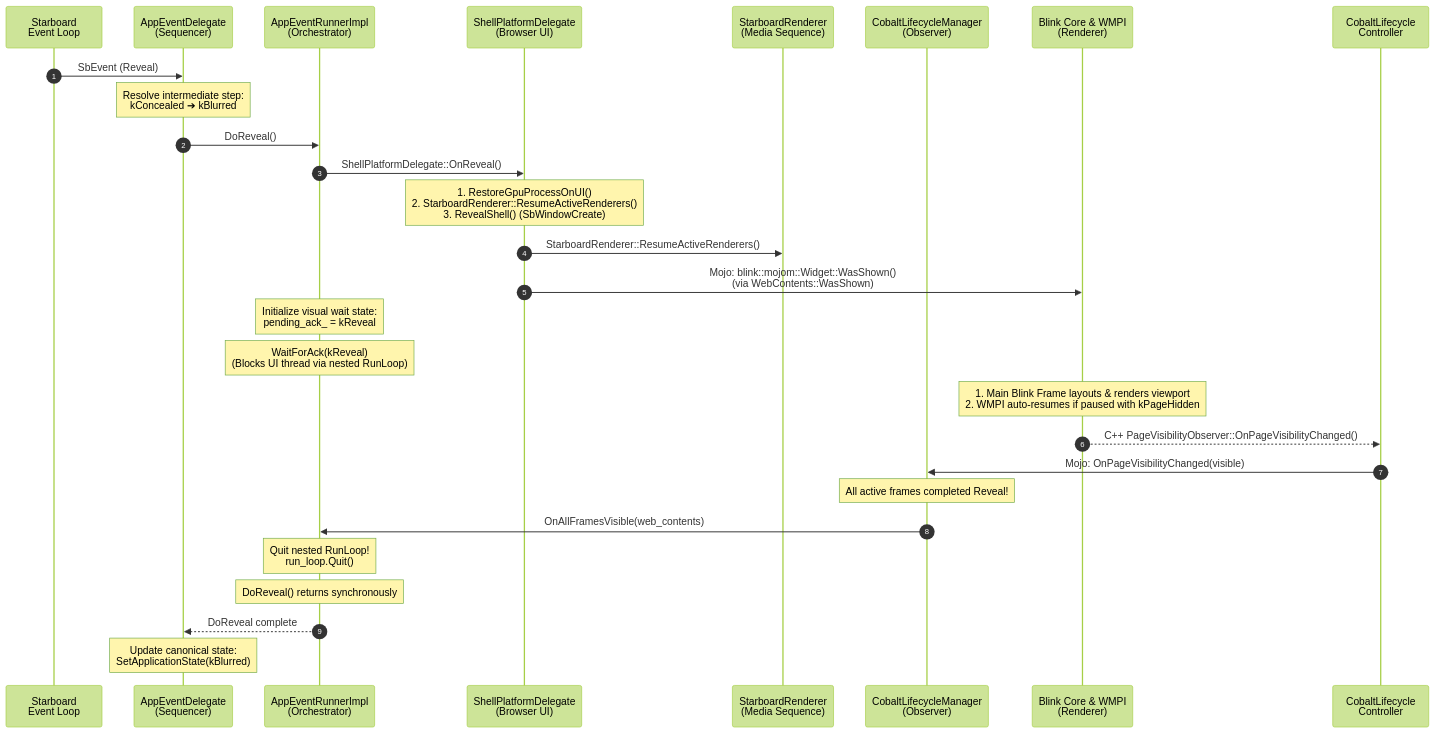
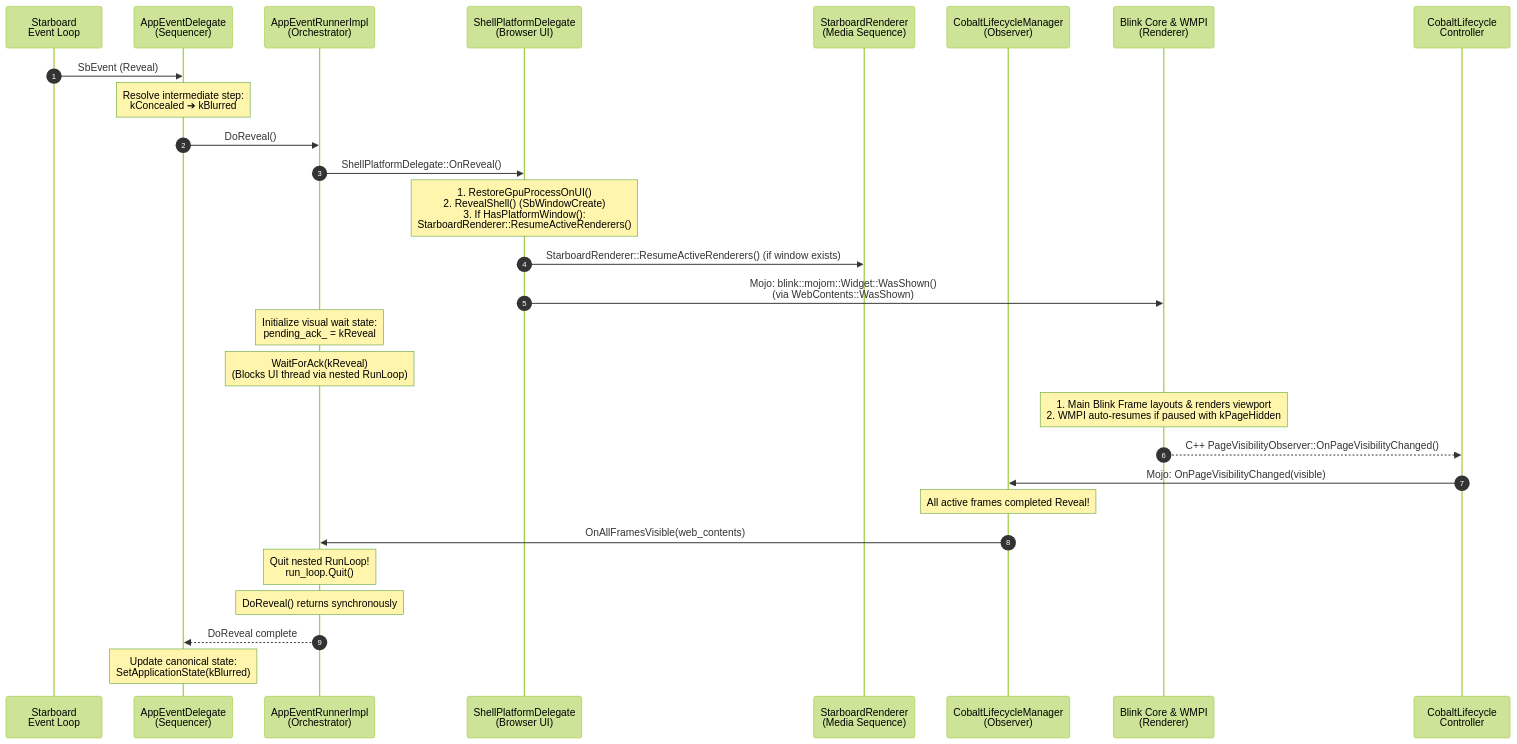
One commit to youtube/cobalt changed the sixth of 14 diagrams in cobalt/doc/lifecycle_internals.md. Above: the diagram before and after it, drawn with Mermaid (forest theme). The commit also changed other lines of this file and 16 other files, not shown here.

````diff
--- a/cobalt/doc/lifecycle_internals.md
+++ b/cobalt/doc/lifecycle_internals.md
@@ -269,32 +269,32 @@
 ```mermaid
 sequenceDiagram
   autonumber
   participant OS as Starboard <br/> Event Loop
   participant Delegate as AppEventDelegate <br/> (Sequencer)
   participant Runner as AppEventRunnerImpl <br/> (Orchestrator)
   participant Shell as ShellPlatformDelegate <br/> (Browser UI)
   participant Media as StarboardRenderer <br/> (Media Sequence)
   participant Manager as CobaltLifecycleManager <br/> (Observer)
   participant Blink as Blink Core & WMPI <br/> (Renderer)
   participant Controller as CobaltLifecycle <br/> Controller
 
   OS->>Delegate: SbEvent (Reveal)
   Note over Delegate: Resolve intermediate step:<br/>kConcealed ➔ kBlurred
   Delegate->>Runner: DoReveal()
   Runner->>Shell: ShellPlatformDelegate::OnReveal()
-  Note over Shell: 1. RestoreGpuProcessOnUI()<br/>2. StarboardRenderer::ResumeActiveRenderers()<br/>3. RevealShell() (SbWindowCreate)
-  Shell->>Media: StarboardRenderer::ResumeActiveRenderers()
+  Note over Shell: 1. RestoreGpuProcessOnUI()<br/>2. RevealShell() (SbWindowCreate)<br/>3. If HasPlatformWindow():<br/>   StarboardRenderer::ResumeActiveRenderers()
+  Shell->>Media: StarboardRenderer::ResumeActiveRenderers() (if window exists)
   Shell->>Blink: Mojo: blink::mojom::Widget::WasShown() <br/> (via WebContents::WasShown)
   Note over Runner: Initialize visual wait state:<br/>pending_ack_ = kReveal
   Note over Runner: WaitForAck(kReveal)<br/>(Blocks UI thread via nested RunLoop)
 
   Note over Blink: 1. Main Blink Frame layouts & renders viewport<br/>2. WMPI auto-resumes if paused with kPageHidden
   Blink-->>Controller: C++ PageVisibilityObserver::OnPageVisibilityChanged()
   Controller->>Manager: Mojo: OnPageVisibilityChanged(visible)
   Note over Manager: All active frames completed Reveal!
   Manager->>Runner: OnAllFramesVisible(web_contents)
   Note over Runner: Quit nested RunLoop!<br/>run_loop.Quit()
   Note over Runner: DoReveal() returns synchronously
   Runner-->>Delegate: DoReveal complete
   Note over Delegate: Update canonical state:<br/>SetApplicationState(kBlurred)
 ```
````
